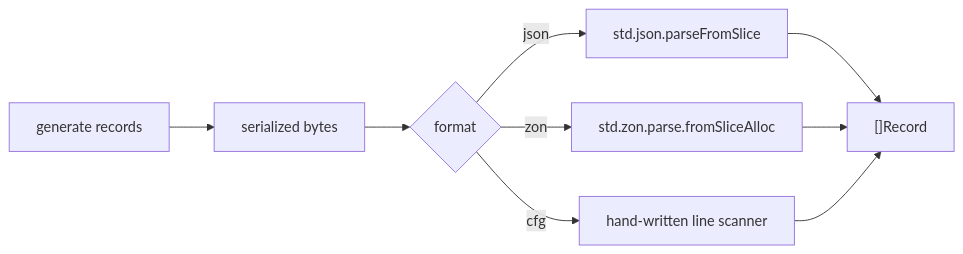
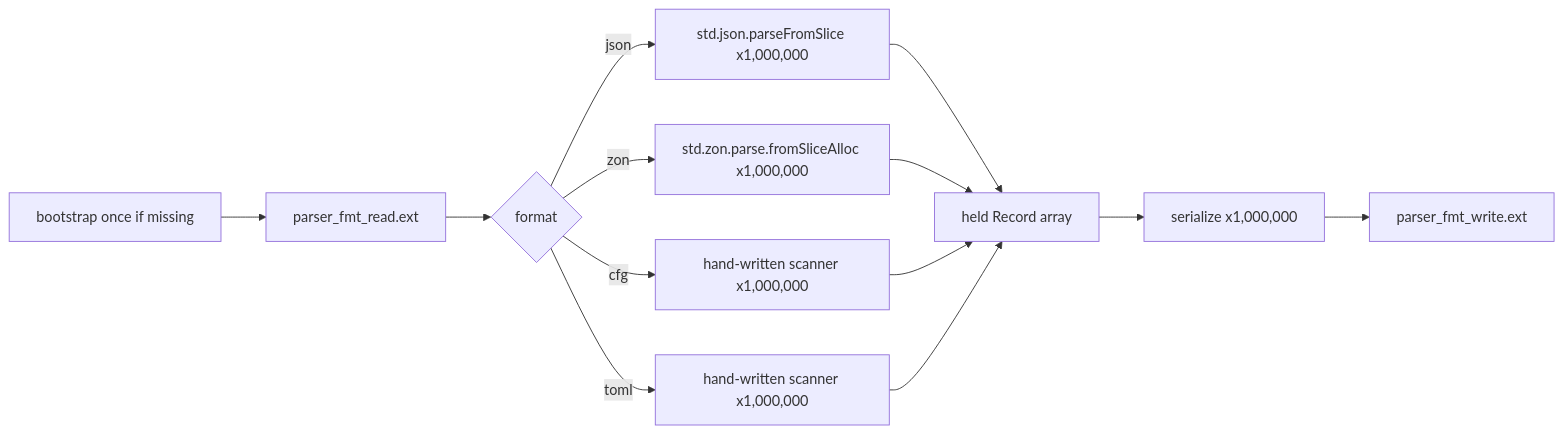
One commit to prothegee/zix changed the diagram in rnd/parser_result.md. Above: the diagram before and after it, drawn with Mermaid. The commit also changed other lines of this file, not shown here.

First line of the commit message:
update parser_result.md for read/write bench

````diff
--- a/rnd/parser_result.md
+++ b/rnd/parser_result.md
@@ -30,11 +76,15 @@
 ```mermaid
 flowchart LR
-    A[generate records] --> B[serialized bytes]
+    A[bootstrap once if missing] --> B[parser_fmt_read.ext]
     B --> C{format}
-    C -->|json| D[std.json.parseFromSlice]
-    C -->|zon| E[std.zon.parse.fromSliceAlloc]
-    C -->|cfg| F[hand-written line scanner]
-    D --> G["[]Record"]
-    E --> G
-    F --> G
+    C -->|json| D["std.json.parseFromSlice x1,000,000"]
+    C -->|zon| E["std.zon.parse.fromSliceAlloc x1,000,000"]
+    C -->|cfg| F["hand-written scanner x1,000,000"]
+    C -->|toml| G["hand-written scanner x1,000,000"]
+    D --> H[held Record array]
+    E --> H
+    F --> H
+    G --> H
+    H --> I[serialize x1,000,000]
+    I --> J[parser_fmt_write.ext]
 ```
````
